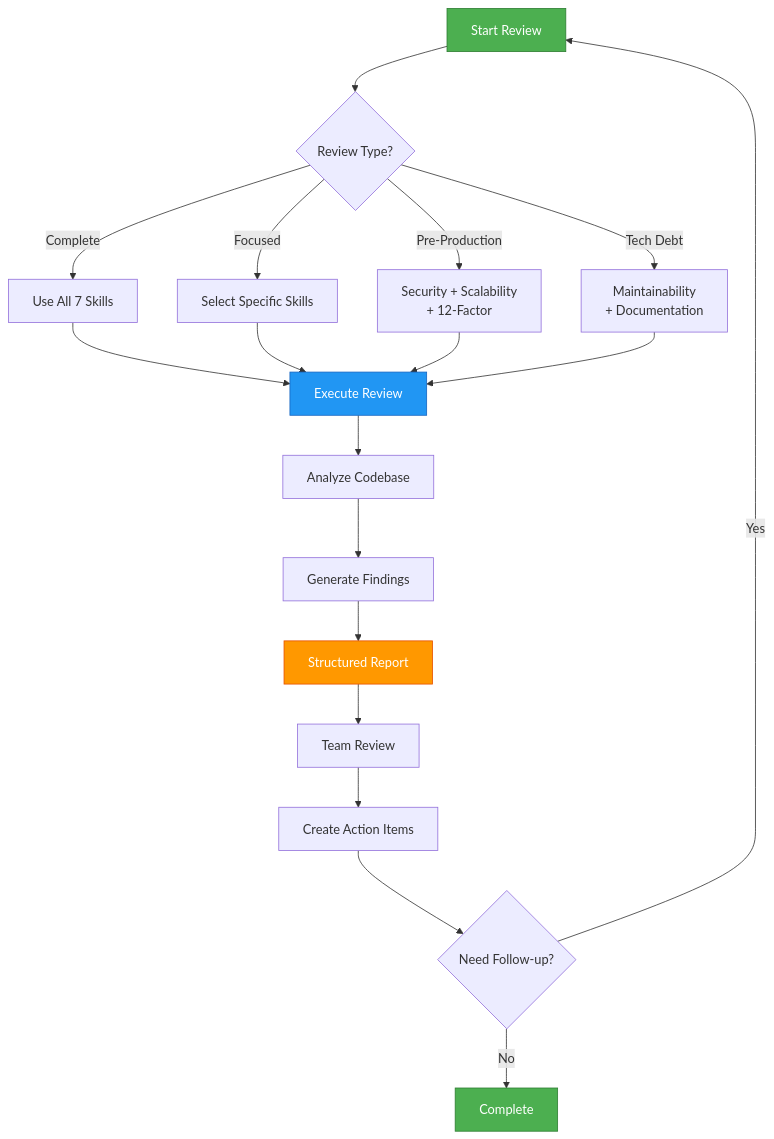
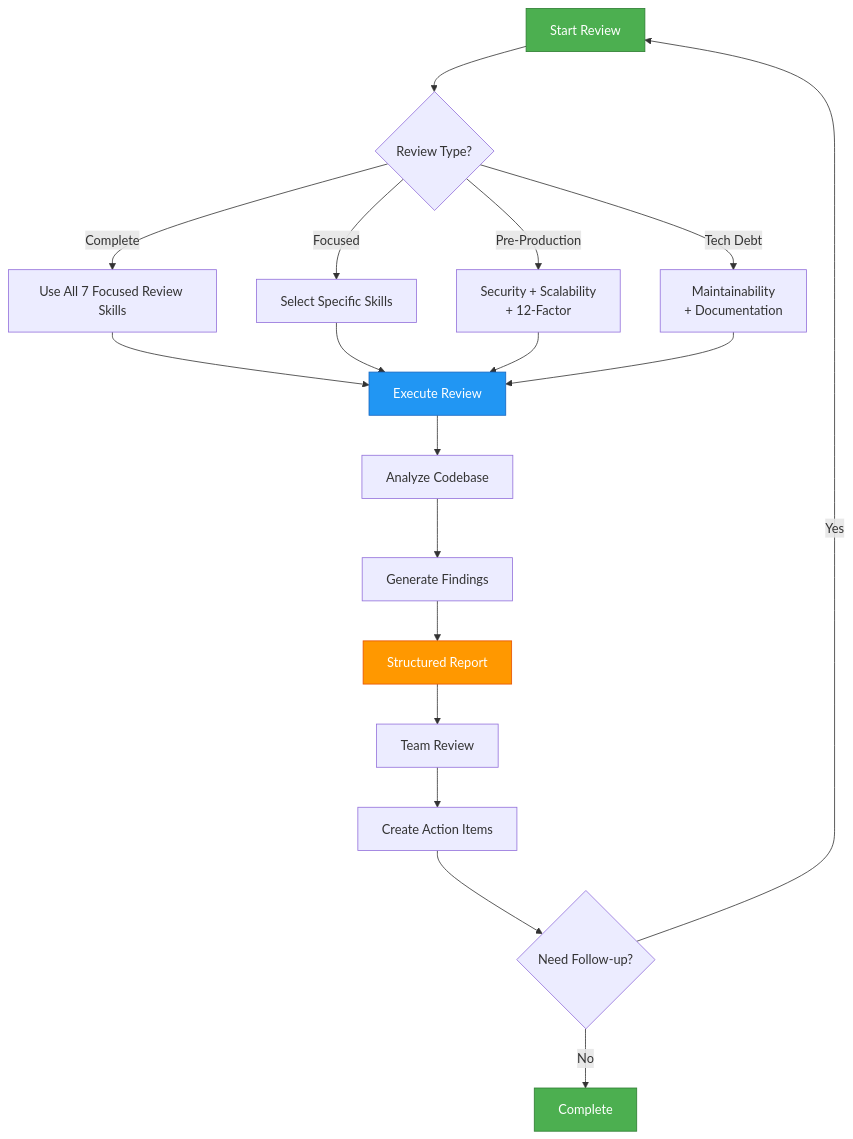
Before and after one commit to thomassuedbroecker/review_and_sdd_custom_ibm_bob_configuration_template: the fourth of 6 diagrams in .bob/documentation/diagramms/architecture-review-system.md, drawn with Mermaid. The commit also changed other lines of this file and 2 other files, not shown here.

First line of the commit message:
docs: align Bob review diagrams with mode and skill inventory

````diff
--- a/.bob/documentation/diagramms/architecture-review-system.md
+++ b/.bob/documentation/diagramms/architecture-review-system.md
@@ -199,32 +223,32 @@
 ```mermaid
 graph TD
     Start[Start Review]
     
     Start --> Choice{Review Type?}
     
-    Choice -->|Complete| All[Use All 7 Skills]
+    Choice -->|Complete| All[Use All 7 Focused Review Skills]
     Choice -->|Focused| Select[Select Specific Skills]
     Choice -->|Pre-Production| PreProd[Security + Scalability<br/>+ 12-Factor]
     Choice -->|Tech Debt| TechDebt[Maintainability<br/>+ Documentation]
     
     All --> Execute[Execute Review]
     Select --> Execute
     PreProd --> Execute
     TechDebt --> Execute
     
     Execute --> Analyze[Analyze Codebase]
     Analyze --> Findings[Generate Findings]
     Findings --> Report[Structured Report]
     
     Report --> Review[Team Review]
     Review --> Actions[Create Action Items]
     
     Actions --> Decision{Need Follow-up?}
     Decision -->|Yes| Start
     Decision -->|No| End[Complete]
     
     style Start fill:#4caf50,stroke:#2e7d32,color:#fff
     style Execute fill:#2196f3,stroke:#1565c0,color:#fff
     style Report fill:#ff9800,stroke:#e65100,color:#fff
     style End fill:#4caf50,stroke:#2e7d32,color:#fff
 ```
````
